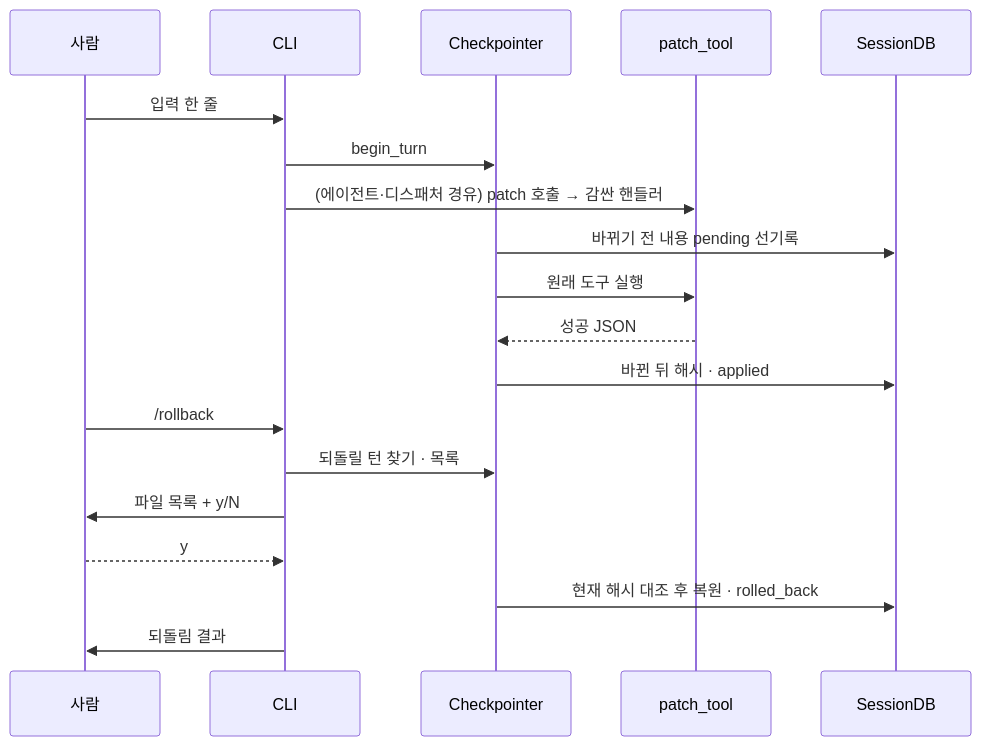
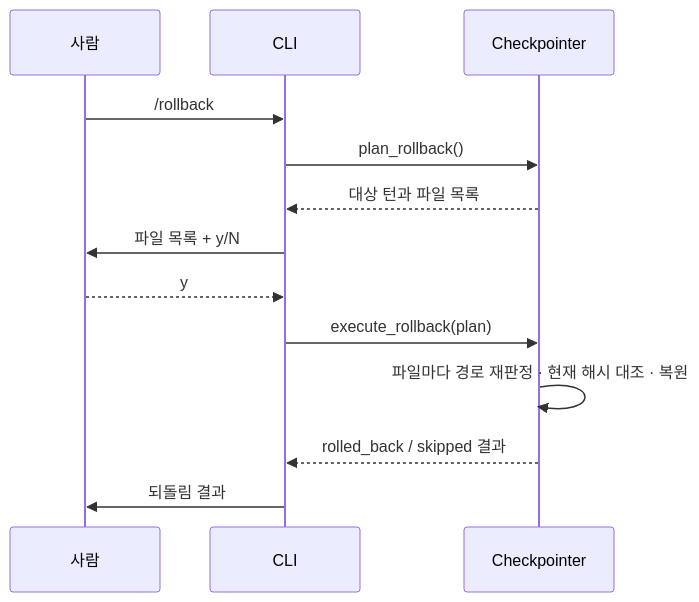
Before and after one commit to RadiantCitron/hermes-agent-study: the seventh of 8 diagrams in docs/로드맵/11-체크포인트-롤백-MVP/ROADMAP.md, drawn with Mermaid. The commit also changed other lines of this file, not shown here.

First line of the commit message:
docs(roadmap): R11-PLAN - ROADMAP 점검 반영 (출력 해석 실패 위험 추가, 실행 순서·클래스 그림 정정)

````diff
--- a/docs/로드맵/11-체크포인트-롤백-MVP/ROADMAP.md
+++ b/docs/로드맵/11-체크포인트-롤백-MVP/ROADMAP.md
@@ -131,22 +160,16 @@
 ```mermaid
 %%{init: {"themeVariables": {"fontSize": "11px"}, "flowchart": {"nodeSpacing": 30, "rankSpacing": 30}}}%%
 sequenceDiagram
   participant H as 사람
   participant C as CLI
   participant K as Checkpointer
-  participant T as patch_tool
-  participant DB as SessionDB
-  H->>C: 입력 한 줄
-  C->>K: begin_turn
-  C->>T: (에이전트·디스패처 경유) patch 호출 → 감싼 핸들러
-  K->>DB: 바뀌기 전 내용 pending 선기록
-  K->>T: 원래 도구 실행
-  T-->>K: 성공 JSON
-  K->>DB: 바뀐 뒤 해시 · applied
   H->>C: /rollback
-  C->>K: 되돌릴 턴 찾기 · 목록
+  C->>K: plan_rollback()
+  K-->>C: 대상 턴과 파일 목록
   C->>H: 파일 목록 + y/N
   H-->>C: y
-  K->>DB: 현재 해시 대조 후 복원 · rolled_back
+  C->>K: execute_rollback(plan)
+  K->>K: 파일마다 경로 재판정 · 현재 해시 대조 · 복원
+  K-->>C: rolled_back / skipped 결과
   C->>H: 되돌림 결과
 ```
````
